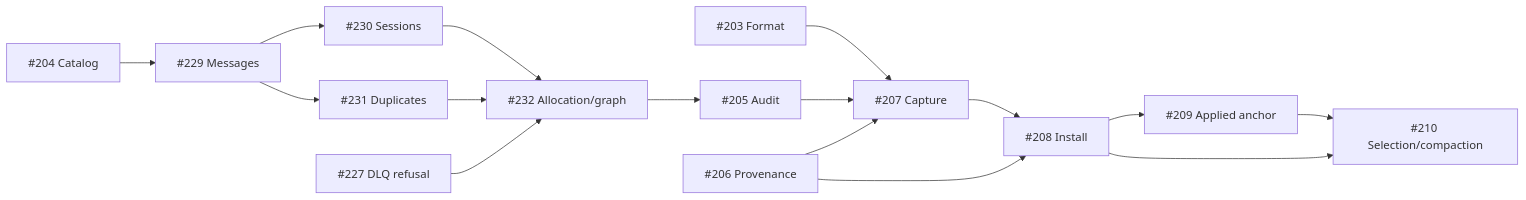
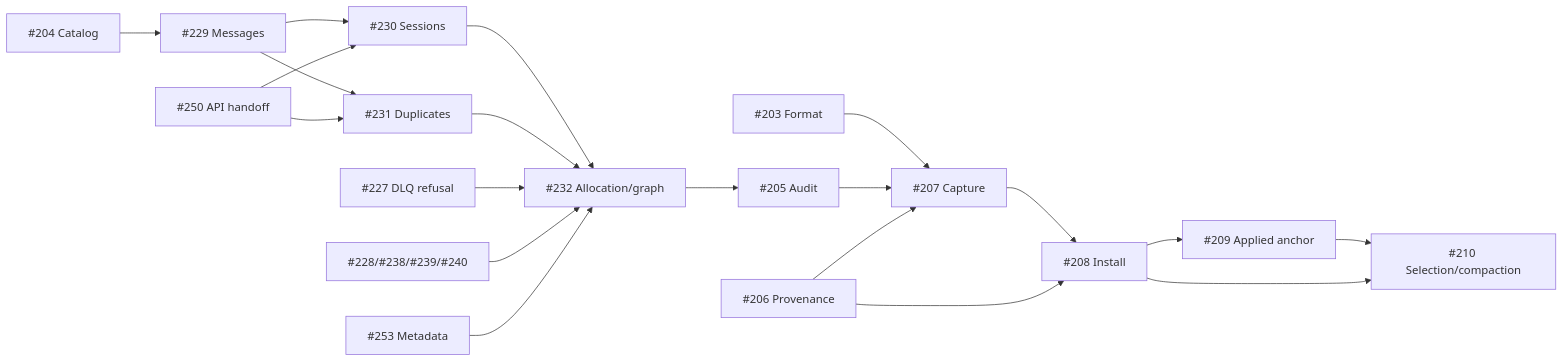
Before and after one commit to DeandreT/switchyard: the second of 2 diagrams in docs/roadmap.md, drawn with Mermaid. The commit also changed other lines of this file, not shown here.

````diff
--- a/docs/roadmap.md
+++ b/docs/roadmap.md
@@ -53,13 +52,15 @@
 ```mermaid
 flowchart LR
     Format["#203 Format"] --> Capture["#207 Capture"]
     Catalog["#204 Catalog"] --> Rows["#229 Messages"] --> Sessions["#230 Sessions"]
     Rows --> Duplicates["#231 Duplicates"]
     Sessions --> State["#232 Allocation/graph"]; Duplicates --> State
     DLQ["#227 DLQ refusal"] --> State
+    API["#250 API handoff"] --> Sessions; API --> Duplicates
+    Handoff["#253 Metadata"]; Allocators["#228/#238/#239/#240"] --> State; Handoff --> State
     State --> Audit["#205 Audit"] --> Capture; Metadata["#206 Provenance"] --> Capture
     Capture --> Install["#208 Install"]
     Metadata --> Install
     Install --> Anchor["#209 Applied anchor"] --> Compact["#210 Selection/compaction"]
     Install --> Compact
 ```
````
